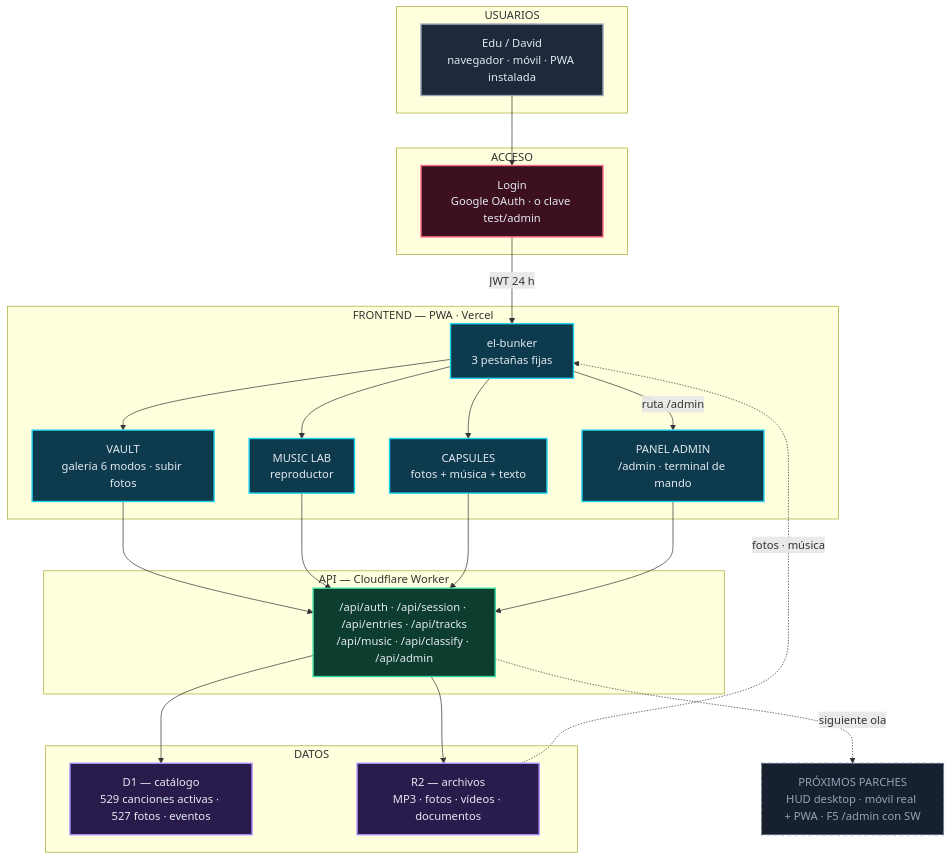
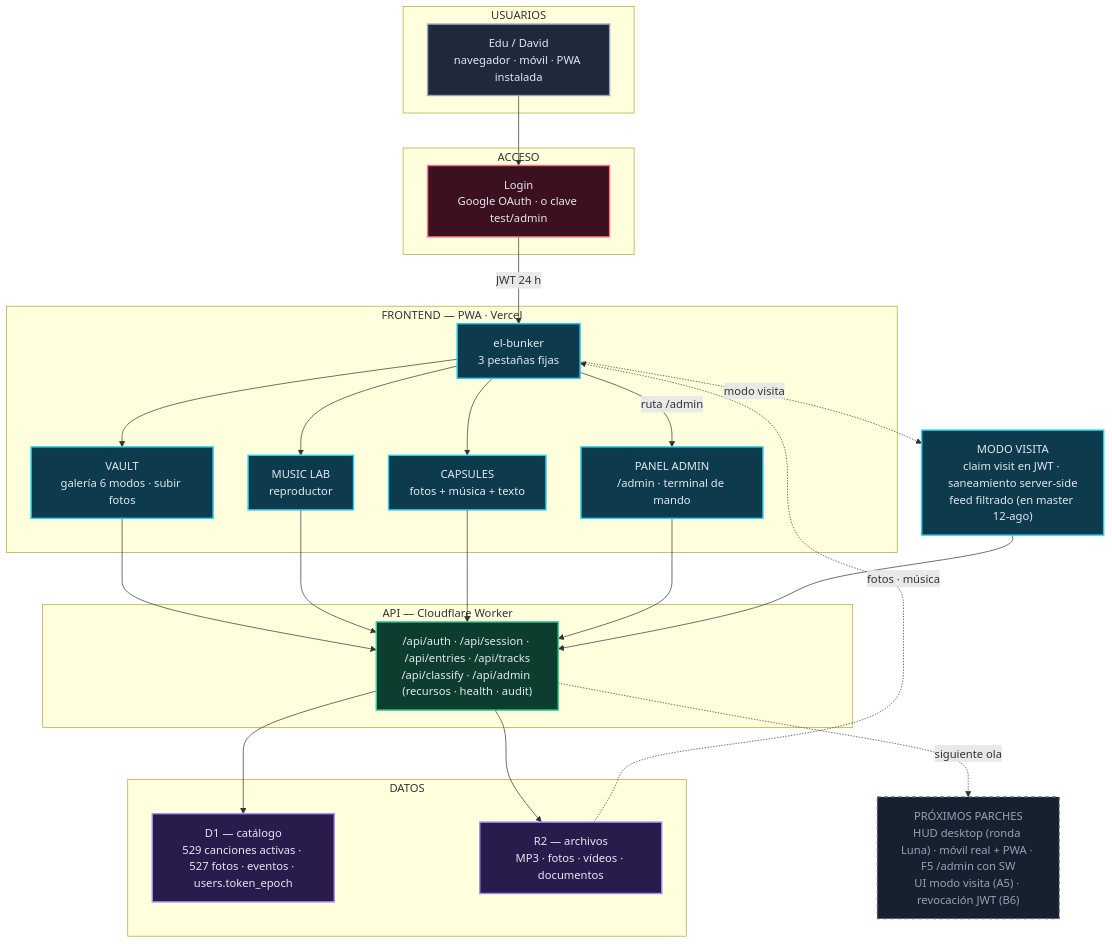
Before and after one commit to eduardosmulero-tech/el-bunker: the diagram in docs/diagramas/flujo-app.mmd, drawn with Mermaid. The commit also changed 18 other files, not shown here.

Commit message:
ronda Luna 12-ago: sliders, copy, HUD desktop, Opera GX, endpoints admin, V1IMPL, harness desktop-rail + docs parche y grafo v4

```diff
--- a/docs/diagramas/flujo-app.mmd
+++ b/docs/diagramas/flujo-app.mmd
@@ -1,51 +1,56 @@
 flowchart TB
     subgraph S_USR["USUARIOS"]
         EDU["Edu / David<br/>navegador · móvil · PWA instalada"]
     end
 
     subgraph S_ACC["ACCESO"]
         LOGIN["Login<br/>Google OAuth · o clave test/admin"]
     end
 
     subgraph S_FE["FRONTEND — PWA · Vercel"]
         APP["el-bunker<br/>3 pestañas fijas"]
         VAULT["VAULT<br/>galería 6 modos · subir fotos"]
         LAB["MUSIC LAB<br/>reproductor"]
         CAPS["CAPSULES<br/>fotos + música + texto"]
         PANEL["PANEL ADMIN<br/>/admin · terminal de mando"]
     end
 
     subgraph S_API["API — Cloudflare Worker"]
-        API["/api/auth · /api/session · /api/entries · /api/tracks<br/>/api/music · /api/classify · /api/admin"]
+        API["/api/auth · /api/session · /api/entries · /api/tracks<br/>/api/classify · /api/admin (recursos · health · audit)"]
     end
 
     subgraph S_DAT["DATOS"]
-        D1["D1 — catálogo<br/>529 canciones activas · 527 fotos · eventos"]
+        D1["D1 — catálogo<br/>529 canciones activas · 527 fotos · eventos · users.token_epoch"]
         R2["R2 — archivos<br/>MP3 · fotos · vídeos · documentos"]
     end
 
-    FUT["PRÓXIMOS PARCHES<br/>HUD desktop · móvil real + PWA · F5 /admin con SW"]
+    MV["MODO VISITA<br/>claim visit en JWT · saneamiento server-side<br/>feed filtrado (en master 12-ago)"]
+
+    FUT["PRÓXIMOS PARCHES<br/>HUD desktop (ronda Luna) · móvil real + PWA · F5 /admin con SW<br/>UI modo visita (A5) · revocación JWT (B6)"]
 
     EDU --> LOGIN
     LOGIN -->|JWT 24 h| APP
     APP --> VAULT & LAB & CAPS
     APP -->|ruta /admin| PANEL
     VAULT & LAB & CAPS & PANEL --> API
     API --> D1
     API --> R2
     R2 -.->|fotos · música| APP
+    APP -.->|modo visita| MV
+    MV --> API
     API -.->|siguiente ola| FUT
 
     classDef external fill:#1e293b,stroke:#94a3b8,color:#e2e8f0,stroke-width:2px
     classDef security fill:#3d1020,stroke:#fb7185,color:#e2e8f0,stroke-width:2px
     classDef frontend fill:#0e3a4d,stroke:#22d3ee,color:#e2e8f0,stroke-width:2px
     classDef backend fill:#0c3d2e,stroke:#34d399,color:#e2e8f0,stroke-width:2px
     classDef data fill:#2a1b4d,stroke:#a78bfa,color:#e2e8f0,stroke-width:2px
     classDef future fill:#16202e,stroke:#64748b,color:#94a3b8,stroke-width:1.5px,stroke-dasharray:5 5
 
     class EDU external
     class LOGIN security
     class APP,VAULT,LAB,CAPS,PANEL frontend
+    class MV frontend
     class API backend
     class D1,R2 data
     class FUT future
```
